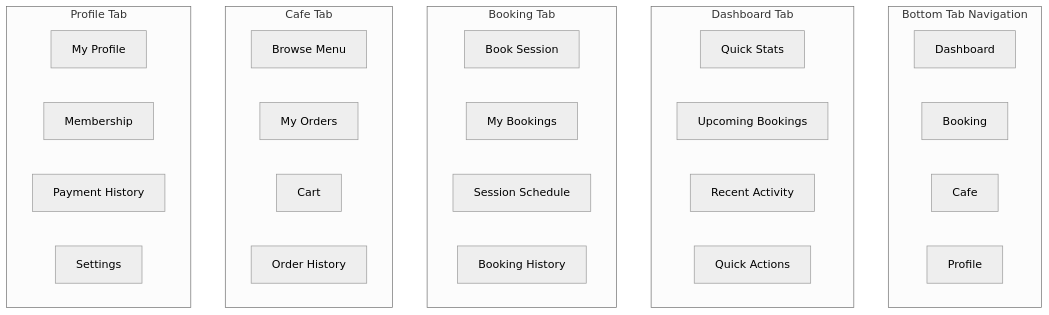
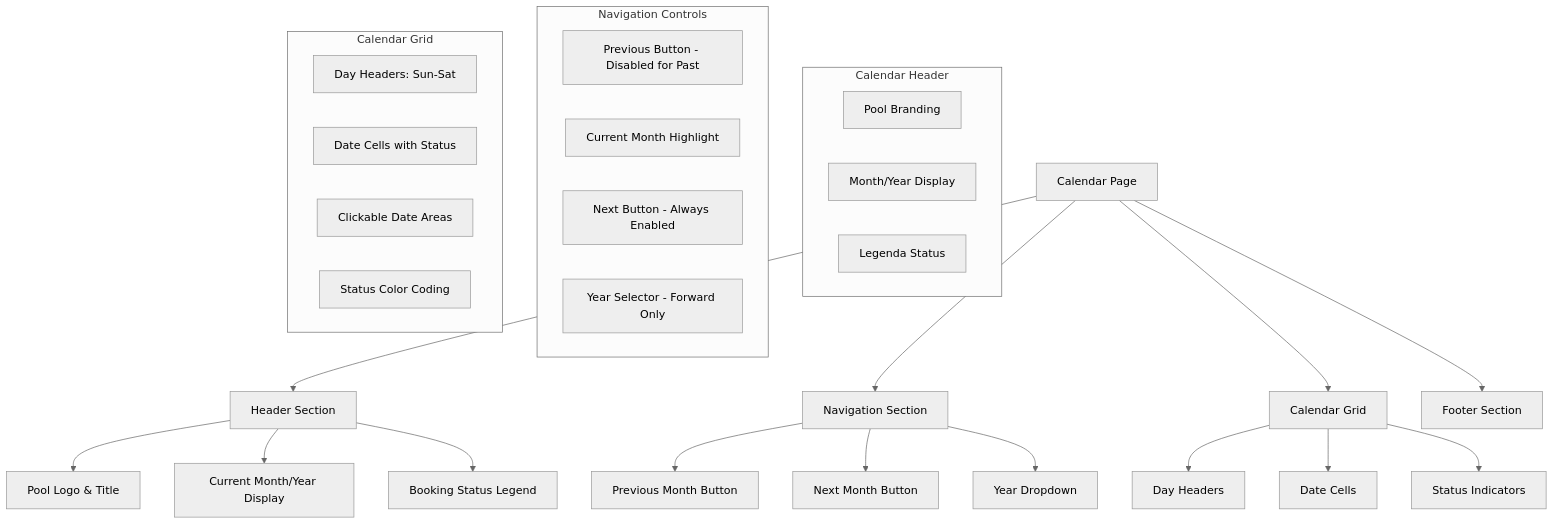
The third of 17 diagrams in Planing/07-user-interface-design.md (BlackCoffeee/raujan_pool), drawn with Mermaid (neutral theme) before and after one commit. The commit also changed other lines of this file and 5 other files, not shown here.

Commit message:
Enhance documentation for Core Booking Flow System, including detailed calendar interface, session management, and real-time availability features. Update database design with new tables for calendar availability and session slots, and implement stored procedures for capacity management.

````diff
--- a/Planing/07-user-interface-design.md
+++ b/Planing/07-user-interface-design.md
@@ -102,37 +102,39 @@
 ```mermaid
-graph TB
-    subgraph "Bottom Tab Navigation"
-        T1[Dashboard]
-        T2[Booking]
-        T3[Cafe]
-        T4[Profile]
+graph TD
+    A[Calendar Page] --> B[Header Section]
+    A --> C[Navigation Section]
+    A --> D[Calendar Grid]
+    A --> E[Footer Section]
+
+    B --> F[Pool Logo & Title]
+    B --> G[Current Month/Year Display]
+    B --> H[Booking Status Legend]
+
+    C --> I[Previous Month Button]
+    C --> J[Next Month Button]
+    C --> K[Year Dropdown]
+
+    D --> L[Day Headers]
+    D --> M[Date Cells]
+    D --> N[Status Indicators]
+
+    subgraph "Calendar Header"
+        CH1[Pool Branding]
+        CH2[Month/Year Display]
+        CH3[Legenda Status]
     end
 
-    subgraph "Dashboard Tab"
-        D1[Quick Stats]
-        D2[Upcoming Bookings]
-        D3[Recent Activity]
-        D4[Quick Actions]
+    subgraph "Navigation Controls"
+        NC1[Previous Button - Disabled for Past]
+        NC2[Current Month Highlight]
+        NC3[Next Button - Always Enabled]
+        NC4[Year Selector - Forward Only]
     end
 
-    subgraph "Booking Tab"
-        B1[Book Session]
-        B2[My Bookings]
-        B3[Session Schedule]
-        B4[Booking History]
-    end
-
-    subgraph "Cafe Tab"
-        C1[Browse Menu]
-        C2[My Orders]
-        C3[Cart]
-        C4[Order History]
-    end
-
-    subgraph "Profile Tab"
-        P1[My Profile]
-        P2[Membership]
-        P3[Payment History]
-        P4[Settings]
+    subgraph "Calendar Grid"
+        CG1[Day Headers: Sun-Sat]
+        CG2[Date Cells with Status]
+        CG3[Clickable Date Areas]
+        CG4[Status Color Coding]
     end
 ```
````
